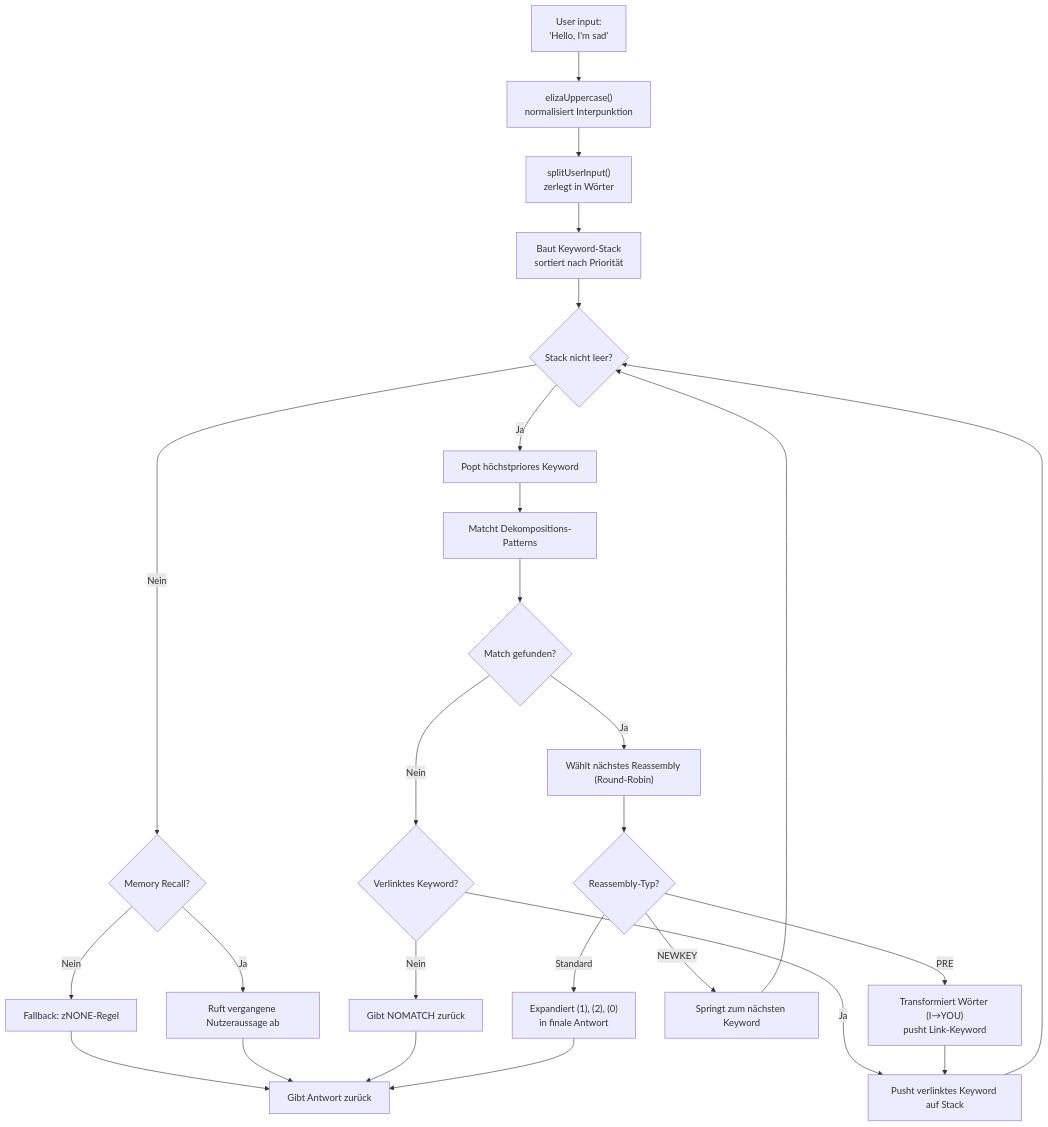
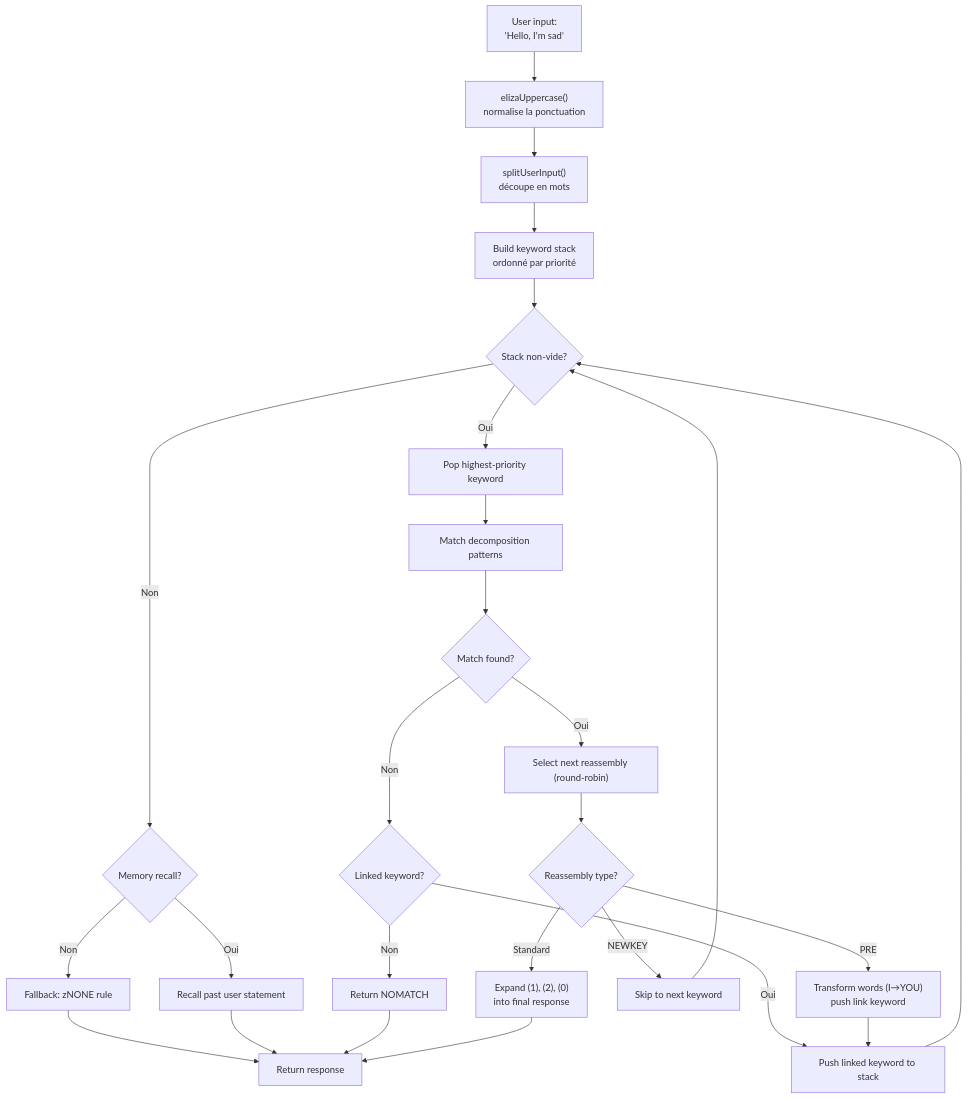
Before and after one commit to fox3000foxy/fox3000foxy.github.io: the first of 2 diagrams in public/articles/de/from-eliza-to-llm-chatbots-typescript.md, drawn with Mermaid. The commit also changed other lines of this file and 40 other files, not shown here.

````diff
--- a/public/articles/de/from-eliza-to-llm-chatbots-typescript.md
+++ b/public/articles/de/from-eliza-to-llm-chatbots-typescript.md
@@ -92,28 +88,28 @@
 ```mermaid
 flowchart TD
-    A["User input:<br>'Hello, I'm sad'"] --> B["elizaUppercase()<br>normalisiert Interpunktion"]
-    B --> C["splitUserInput()<br>zerlegt in Wörter"]
-    C --> D["Baut Keyword-Stack<br>sortiert nach Priorität"]
-    D --> E{"Stack nicht leer?"}
-    E -->|"Ja"| F["Popt höchstpriores Keyword"]
-    E -->|"Nein"| G{"Memory Recall?"}
-    G -->|"Ja"| H["Ruft vergangene Nutzeraussage ab"]
-    G -->|"Nein"| I["Fallback: zNONE-Regel"]
-    I --> J["Gibt Antwort zurück"]
+    A["User input:<br>'Hello, I'm sad'"] --> B["elizaUppercase()<br>normalise la ponctuation"]
+    B --> C["splitUserInput()<br>découpe en mots"]
+    C --> D["Build keyword stack<br>ordonné par priorité"]
+    D --> E{"Stack non-vide?"}
+    E -->|"Oui"| F["Pop highest-priority keyword"]
+    E -->|"Non"| G{"Memory recall?"}
+    G -->|"Oui"| H["Recall past user statement"]
+    G -->|"Non"| I["Fallback: zNONE rule"]
+    I --> J["Return response"]
     H --> J
-    F --> K["Matcht Dekompositions-Patterns"]
-    K --> L{"Match gefunden?"}
-    L -->|"Nein"| M{"Verlinktes Keyword?"}
-    M -->|"Ja"| N["Pusht verlinktes Keyword auf Stack"]
+    F --> K["Match decomposition patterns"]
+    K --> L{"Match found?"}
+    L -->|"Non"| M{"Linked keyword?"}
+    M -->|"Oui"| N["Push linked keyword to stack"]
     N --> E
-    M -->|"Nein"| O["Gibt NOMATCH zurück"]
+    M -->|"Non"| O["Return NOMATCH"]
     O --> J
-    L -->|"Ja"| P["Wählt nächstes Reassembly (Round-Robin)"]
-    P --> Q{"Reassembly-Typ?"}
-    Q -->|"PRE"| R["Transformiert Wörter (I→YOU)<br>pusht Link-Keyword"]
+    L -->|"Oui"| P["Select next reassembly (round-robin)"]
+    P --> Q{"Reassembly type?"}
+    Q -->|"PRE"| R["Transform words (I→YOU)<br>push link keyword"]
     R --> N
-    Q -->|"NEWKEY"| S["Springt zum nächsten Keyword"]
+    Q -->|"NEWKEY"| S["Skip to next keyword"]
     S --> E
-    Q -->|"Standard"| T["Expandiert (1), (2), (0)<br>in finale Antwort"]
+    Q -->|"Standard"| T["Expand (1), (2), (0)<br>into final response"]
     T --> J
 ```
````
